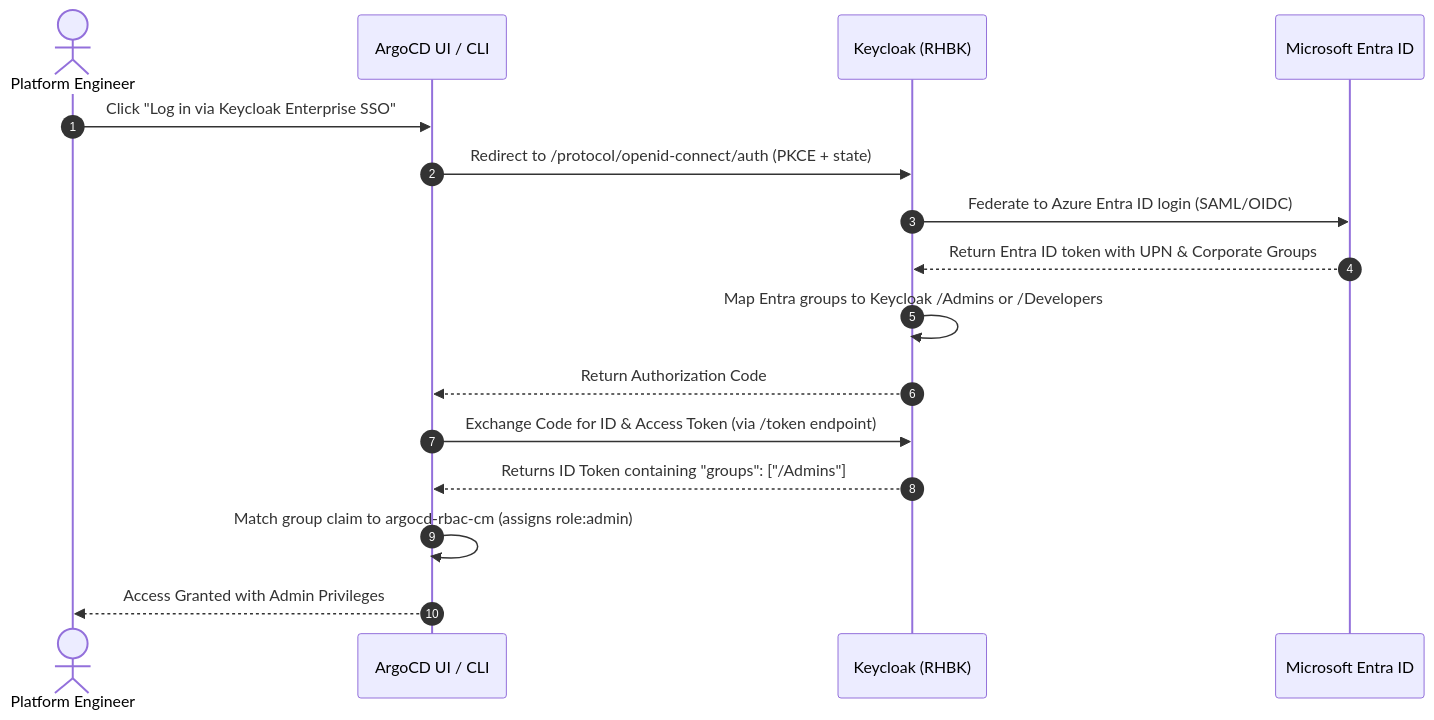
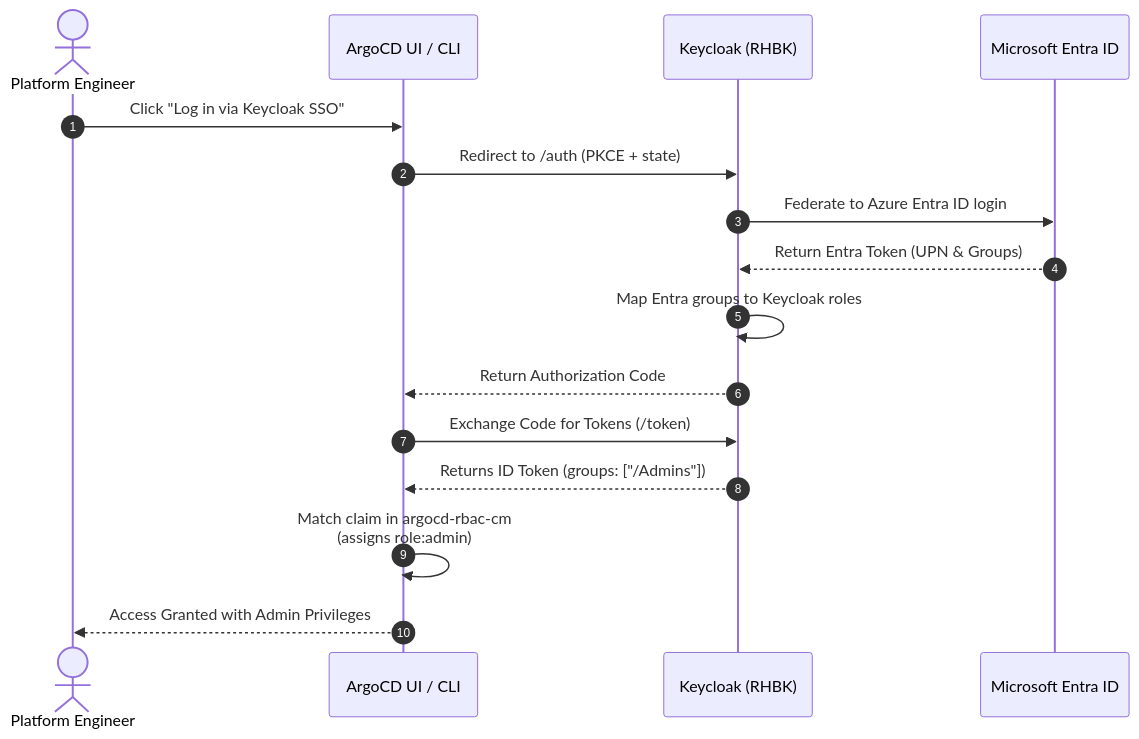
The diagram in apps/argocd/README.md (nubenetes/keycloak-openshift-2026), drawn with Mermaid before and after one commit. The commit also changed 11 other files, not shown here.

Commit message:
fix(docs): optimize Mermaid architecture and sequence diagrams with text-wrapped node labels and improved layout

````diff
--- a/apps/argocd/README.md
+++ b/apps/argocd/README.md
@@ -9,19 +9,19 @@
 ```mermaid
 sequenceDiagram
     autonumber
     actor Dev as Platform Engineer
     participant Argo as ArgoCD UI / CLI
     participant KC as Keycloak (RHBK)
     participant Entra as Microsoft Entra ID
 
-    Dev->>Argo: Click "Log in via Keycloak Enterprise SSO"
-    Argo->>KC: Redirect to /protocol/openid-connect/auth (PKCE + state)
-    KC->>Entra: Federate to Azure Entra ID login (SAML/OIDC)
-    Entra-->>KC: Return Entra ID token with UPN & Corporate Groups
-    KC->>KC: Map Entra groups to Keycloak /Admins or /Developers
+    Dev->>Argo: Click "Log in via Keycloak SSO"
+    Argo->>KC: Redirect to /auth (PKCE + state)
+    KC->>Entra: Federate to Azure Entra ID login
+    Entra-->>KC: Return Entra Token (UPN & Groups)
+    KC->>KC: Map Entra groups to Keycloak roles
     KC-->>Argo: Return Authorization Code
-    Argo->>KC: Exchange Code for ID & Access Token (via /token endpoint)
-    KC-->>Argo: Returns ID Token containing "groups": ["/Admins"]
-    Argo->>Argo: Match group claim to argocd-rbac-cm (assigns role:admin)
+    Argo->>KC: Exchange Code for Tokens (/token)
+    KC-->>Argo: Returns ID Token (groups: ["/Admins"])
+    Argo->>Argo: Match claim in argocd-rbac-cm<br/>(assigns role:admin)
     Argo-->>Dev: Access Granted with Admin Privileges
 ```
````
